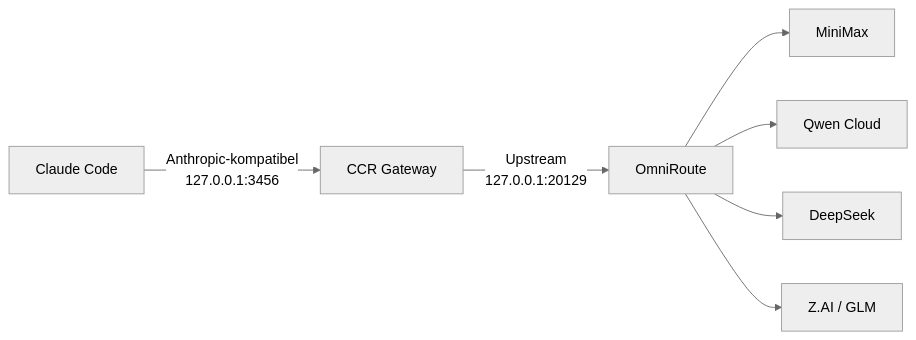
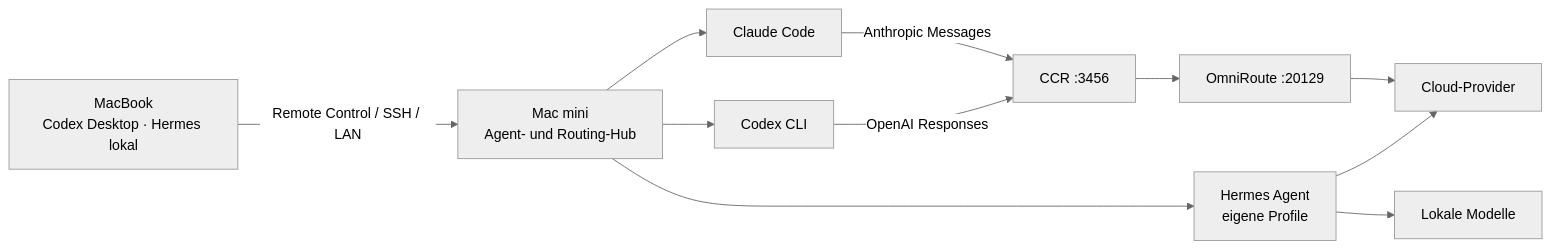
The diagram in index.md (dennis605/llm-routing-setup), drawn with Mermaid (neutral theme) before and after one commit. The commit also changed other lines of this file, not shown here.

Commit message:
Expand system architecture in index.md

````diff
--- a/index.md
+++ b/index.md
@@ -11,9 +11,13 @@
 ```mermaid
 flowchart LR
-  CC[Claude Code] -->|Anthropic-kompatibel<br/>127.0.0.1:3456| CCR[CCR Gateway]
-  CCR -->|Upstream<br/>127.0.0.1:20129| OR[OmniRoute]
-  OR --> MM[MiniMax]
-  OR --> QW[Qwen Cloud]
-  OR --> DS[DeepSeek]
-  OR --> ZAI[Z.AI / GLM]
+  MB[MacBook<br/>Codex Desktop · Hermes lokal] -->|Remote Control / SSH / LAN| MINI[Mac mini<br/>Agent- und Routing-Hub]
+  MINI --> CC[Claude Code]
+  MINI --> CX[Codex CLI]
+  CC -->|Anthropic Messages| CCR[CCR :3456]
+  CX -->|OpenAI Responses| CCR
+  CCR --> OR[OmniRoute :20129]
+  MINI --> HA[Hermes Agent<br/>eigene Profile]
+  OR --> CLOUD[Cloud-Provider]
+  HA --> CLOUD
+  HA --> LOCAL[Lokale Modelle]
 ```
````
